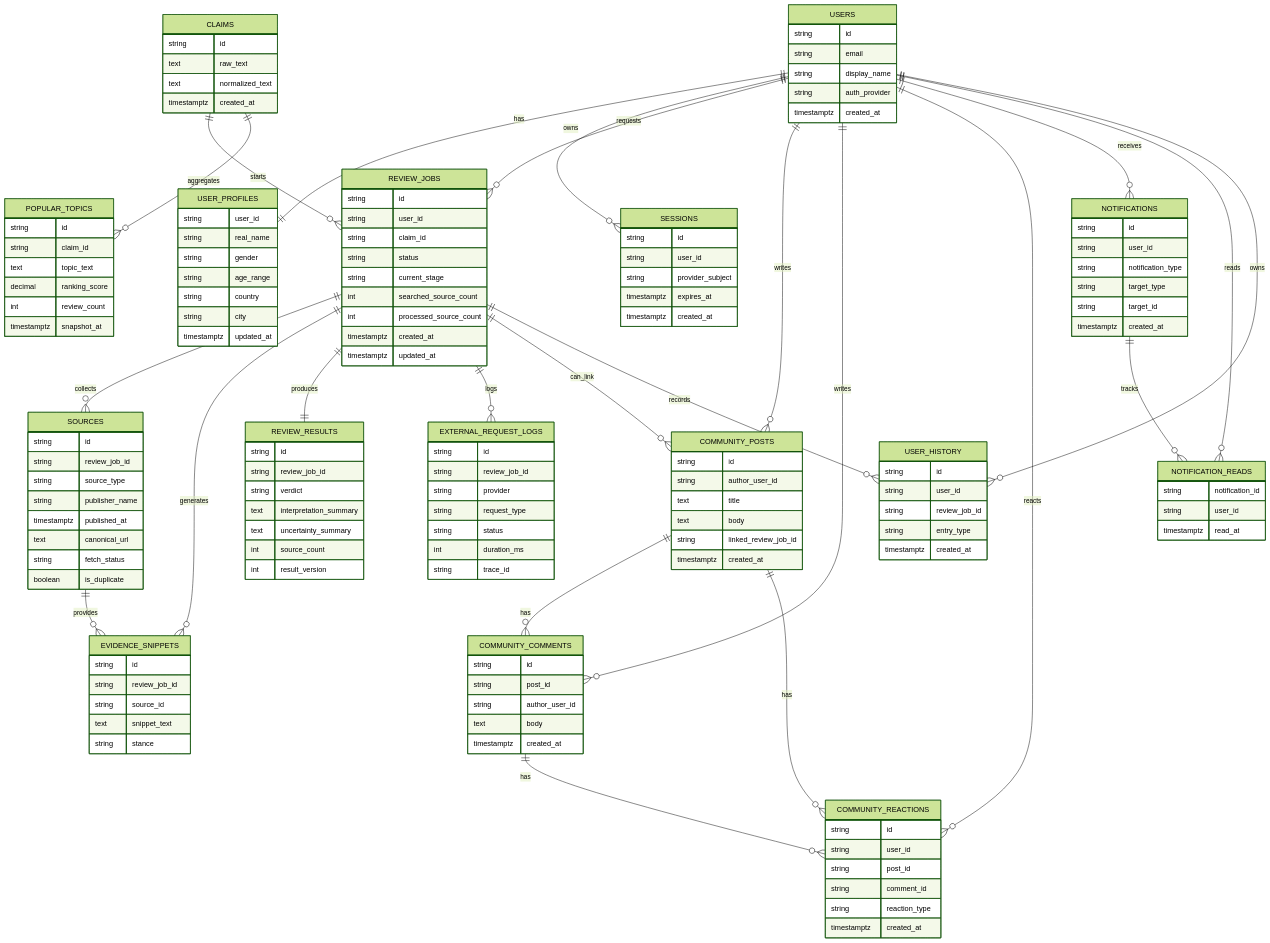
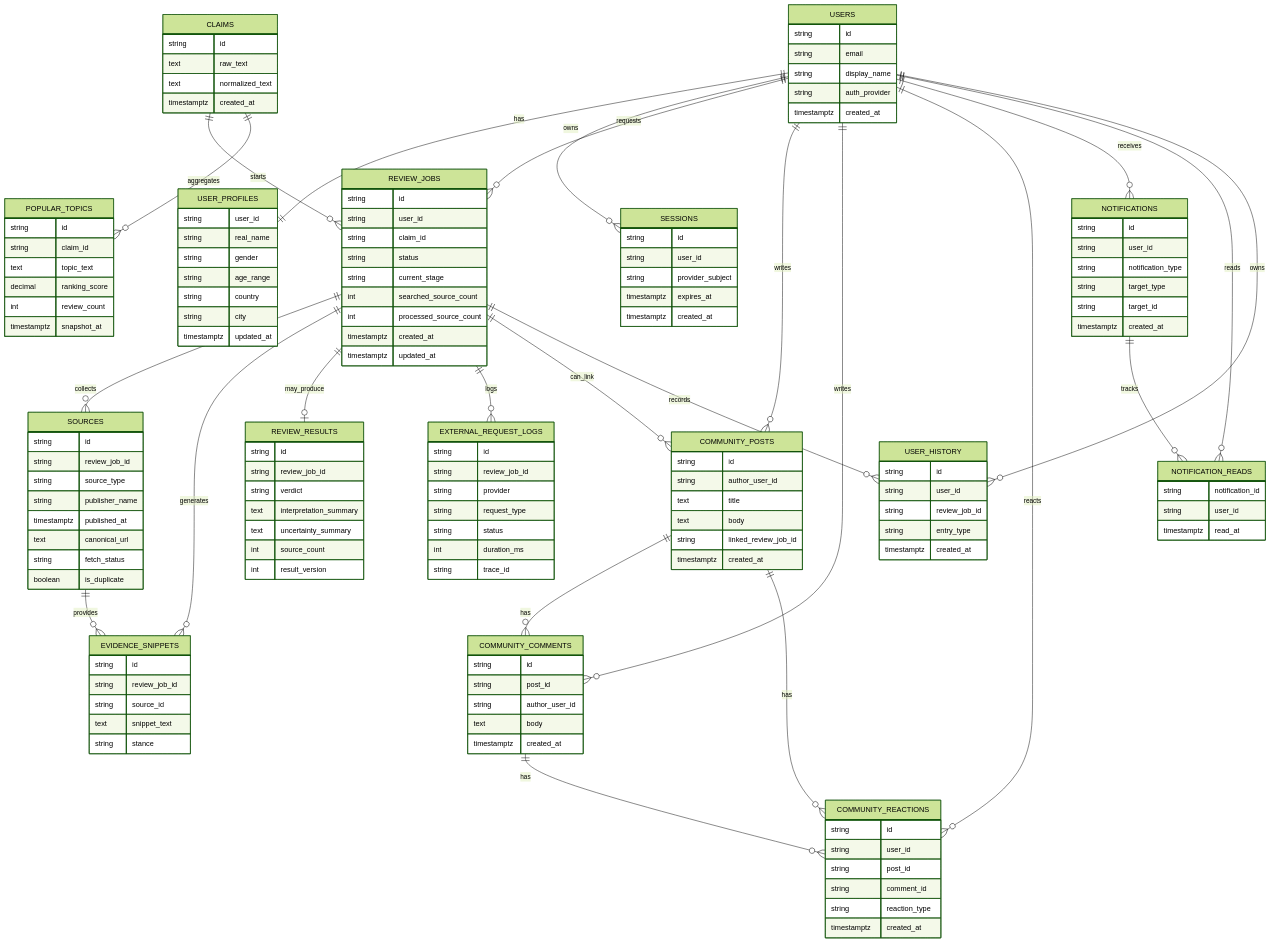
The diagram in docs/erd.md (dyjeong576/varo), drawn with Mermaid (forest theme) before and after one commit. The commit also changed other lines of this file and 17 other files, not shown here.

```diff
--- a/docs/erd.md
+++ b/docs/erd.md
@@ -15,7 +15,7 @@
     REVIEW_JOBS ||--o{ SOURCES : collects
     REVIEW_JOBS ||--o{ EVIDENCE_SNIPPETS : generates
     SOURCES ||--o{ EVIDENCE_SNIPPETS : provides
-    REVIEW_JOBS ||--|| REVIEW_RESULTS : produces
+    REVIEW_JOBS ||--o| REVIEW_RESULTS : may_produce
     REVIEW_JOBS ||--o{ EXTERNAL_REQUEST_LOGS : logs
 
     USERS ||--o{ COMMUNITY_POSTS : writes
```
